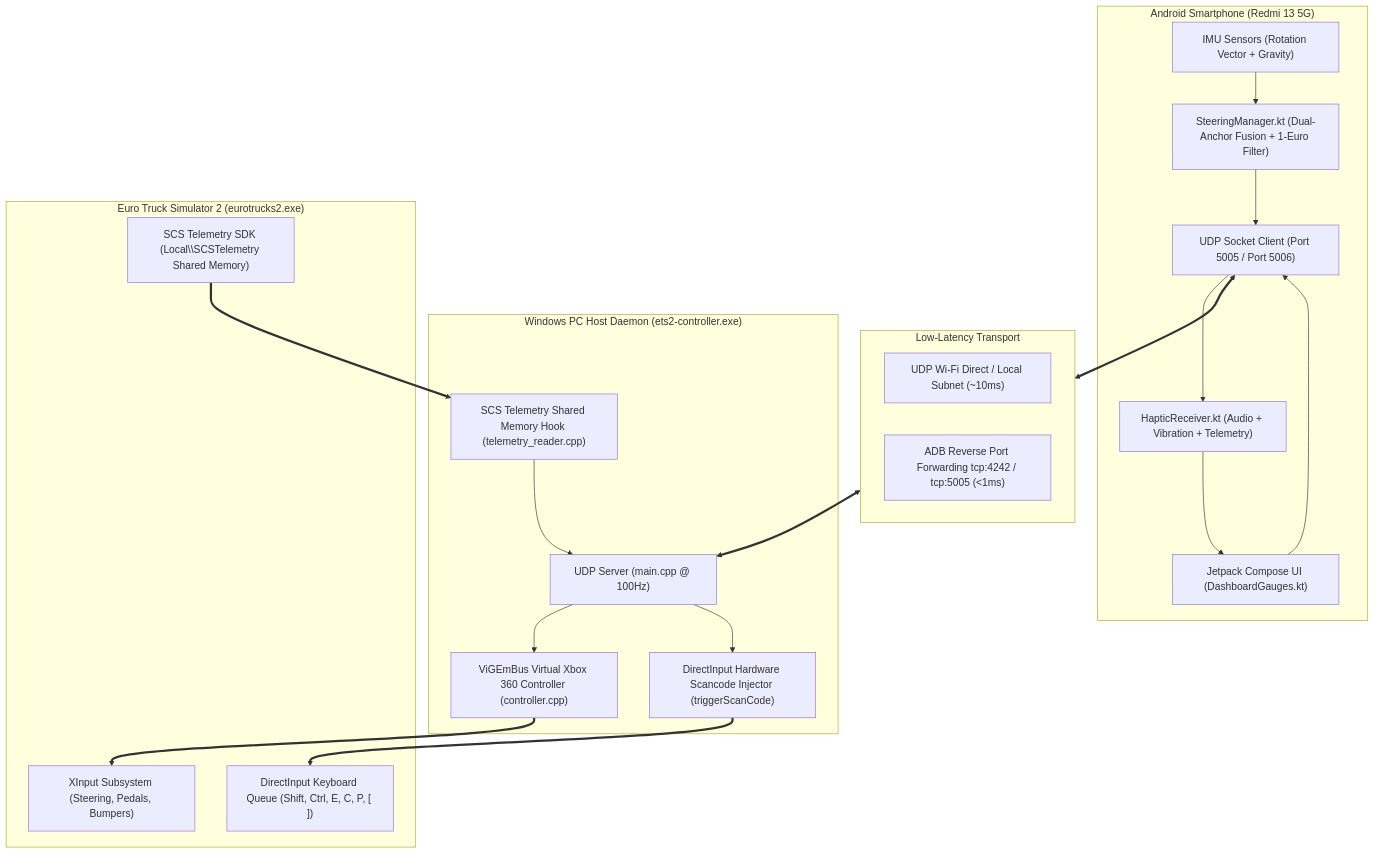
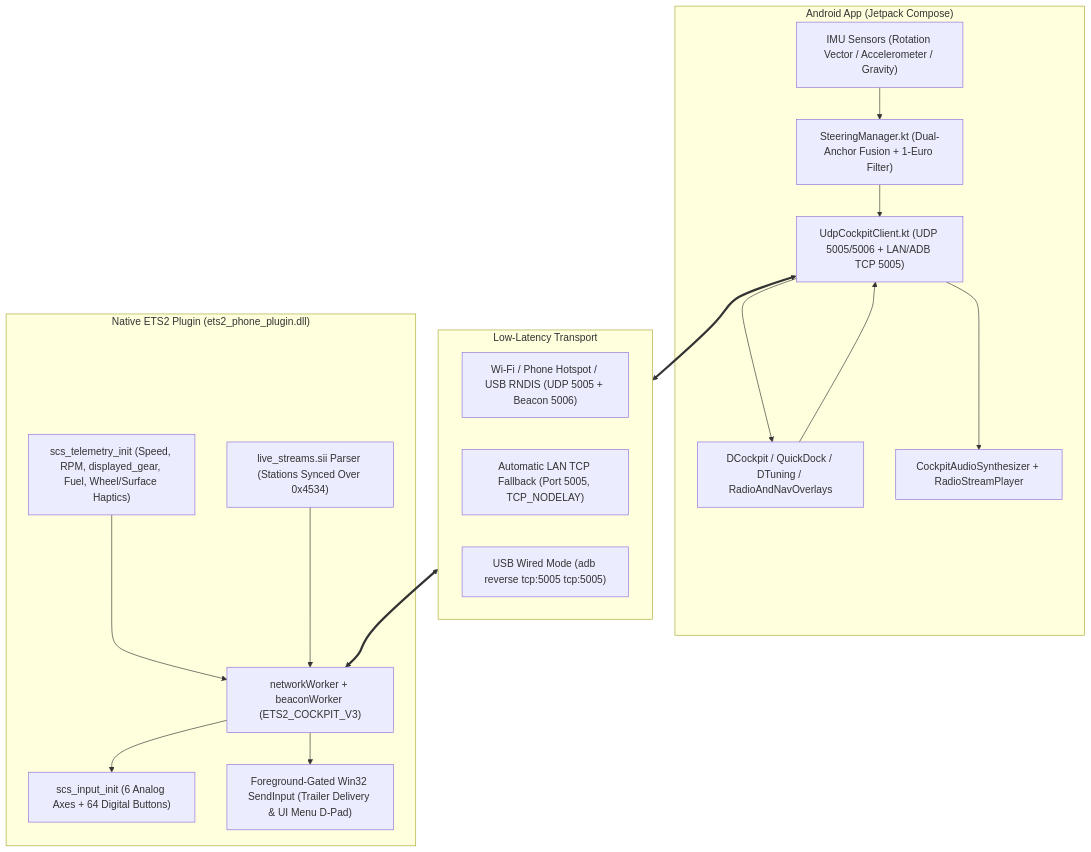
Before and after one commit to VedantP-Patel/ets2-phone-controller: the diagram in docs/COMPLETE_SYSTEM_DOCUMENTATION.md, drawn with Mermaid. The commit also changed other lines of this file and 2 other files, not shown here.

````diff
--- a/docs/COMPLETE_SYSTEM_DOCUMENTATION.md
+++ b/docs/COMPLETE_SYSTEM_DOCUMENTATION.md
@@ -26,44 +28,37 @@
 ```mermaid
 flowchart TD
-    subgraph Android_Phone["Android Smartphone (Redmi 13 5G)"]
-        IMU["IMU Sensors (Rotation Vector + Gravity)"]
+    subgraph Android_Phone["Android App (Jetpack Compose)"]
+        IMU["IMU Sensors (Rotation Vector / Accelerometer / Gravity)"]
         SM["SteeringManager.kt (Dual-Anchor Fusion + 1-Euro Filter)"]
-        UI["Jetpack Compose UI (DashboardGauges.kt)"]
-        HR["HapticReceiver.kt (Audio + Vibration + Telemetry)"]
-        UDP_Client["UDP Socket Client (Port 5005 / Port 5006)"]
-        
+        UI["DCockpit / QuickDock / DTuning / RadioAndNavOverlays"]
+        Audio["CockpitAudioSynthesizer + RadioStreamPlayer"]
+        Net["UdpCockpitClient.kt (UDP 5005/5006 + LAN/ADB TCP 5005)"]
+
         IMU --> SM
-        SM --> UDP_Client
-        UI --> UDP_Client
-        UDP_Client --> HR
-        HR --> UI
+        SM --> Net
+        UI --> Net
+        Net --> Audio
+        Net --> UI
     end
 
-    subgraph Network["Low-Latency Transport"]
-        Wi-Fi["UDP Wi-Fi Direct / Local Subnet (~10ms)"]
-        USB["ADB Reverse Port Forwarding tcp:4242 / tcp:5005 (<1ms)"]
+    subgraph Transport["Low-Latency Transport"]
+        WIFI["Wi-Fi / Phone Hotspot / USB RNDIS (UDP 5005 + Beacon 5006)"]
+        TCP_FALL["Automatic LAN TCP Fallback (Port 5005, TCP_NODELAY)"]
+        ADB["USB Wired Mode (adb reverse tcp:5005 tcp:5005)"]
     end
 
-    subgraph Windows_PC["Windows PC Host Daemon (ets2-controller.exe)"]
-        UDP_Server["UDP Server (main.cpp @ 100Hz)"]
-        ViGEm["ViGEmBus Virtual Xbox 360 Controller (controller.cpp)"]
-        DI["DirectInput Hardware Scancode Injector (triggerScanCode)"]
-        TelemReader["SCS Telemetry Shared Memory Hook (telemetry_reader.cpp)"]
-        
-        UDP_Server --> ViGEm
-        UDP_Server --> DI
-        TelemReader --> UDP_Server
+    subgraph ETS2_Plugin["Native ETS2 Plugin (ets2_phone_plugin.dll)"]
+        NET_WORKER["networkWorker + beaconWorker (ETS2_COCKPIT_V3)"]
+        SCS_IN["scs_input_init (6 Analog Axes + 64 Digital Buttons)"]
+        SCS_TEL["scs_telemetry_init (Speed, RPM, displayed_gear, Fuel, Wheel/Surface Haptics)"]
+        UI_INJ["Foreground-Gated Win32 SendInput (Trailer Delivery & UI Menu D-Pad)"]
+        SII_RADIO["live_streams.sii Parser (Stations Synced Over 0x4534)"]
+
+        NET_WORKER --> SCS_IN
+        NET_WORKER --> UI_INJ
+        SCS_TEL --> NET_WORKER
+        SII_RADIO --> NET_WORKER
     end
 
-    subgraph Game["Euro Truck Simulator 2 (eurotrucks2.exe)"]
-        XInput["XInput Subsystem (Steering, Pedals, Bumpers)"]
-        DirectInput["DirectInput Keyboard Queue (Shift, Ctrl, E, C, P, [ ])"]
-        SCS_SDK["SCS Telemetry SDK (Local\\SCSTelemetry Shared Memory)"]
-        
-        ViGEm ==> XInput
-        DI ==> DirectInput
-        SCS_SDK ==> TelemReader
-    end
-
-    UDP_Client <==> Network <==> UDP_Server
+    Net <==> Transport <==> NET_WORKER
 ```
````
